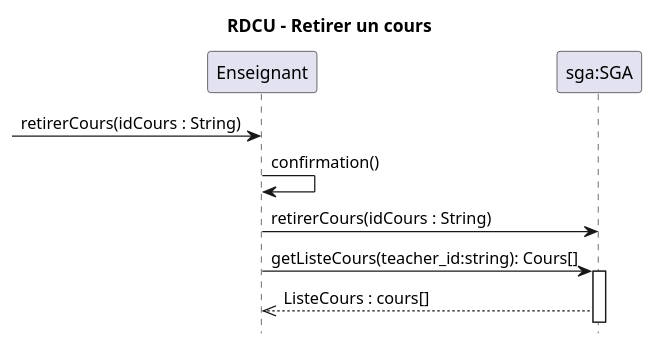
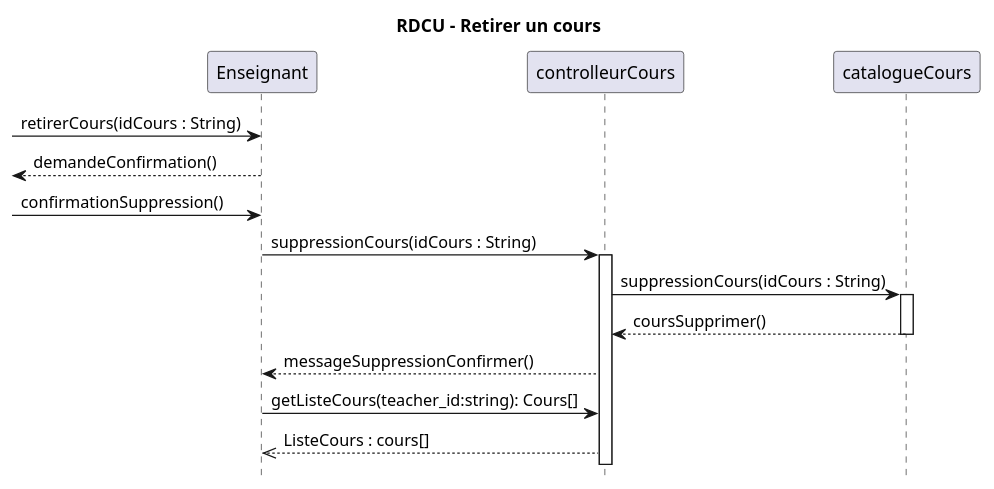
Before and after one commit to xMrYahya/moodle-clone: the diagram in docs/modeles/cu01/rdcu-retirer-cours.puml, drawn with PlantUML. The commit also changed 1 other file, not shown here.

Commit message:
Correction du RDCU retirer cours

```diff
--- a/docs/modeles/cu01/rdcu-retirer-cours.puml
+++ b/docs/modeles/cu01/rdcu-retirer-cours.puml
@@ -1,15 +1,25 @@
 @startuml
 hide footbox
 title RDCU – Retirer un cours
 
 participant Enseignant as Ens
-participant "sga:SGA" as sga
+participant controlleurCours as ctrl
+participant catalogueCours as cours
 
--> Ens : retirerCours(idCours : String)
-Ens -> Ens : confirmation()
-Ens -> sga : retirerCours(idCours : String)
+ -> Ens : retirerCours(idCours : String)
+ <-- Ens : demandeConfirmation()
+ -> Ens : confirmationSuppression()
 
-Ens -> sga : getListeCours(teacher_id:string): Cours[]
-activate sga
-sga -->> Ens : ListeCours : cours[]
+Ens -> ctrl : suppressionCours(idCours : String)
+activate  ctrl
+
+ctrl -> cours : suppressionCours(idCours : String)
+activate cours
+cours --> ctrl : coursSupprimer()
+deactivate cours
+
+ctrl --> Ens : messageSuppressionConfirmer()
+
+Ens -> ctrl : getListeCours(teacher_id:string): Cours[]
+ctrl -->> Ens : ListeCours : cours[]
 @enduml
```
